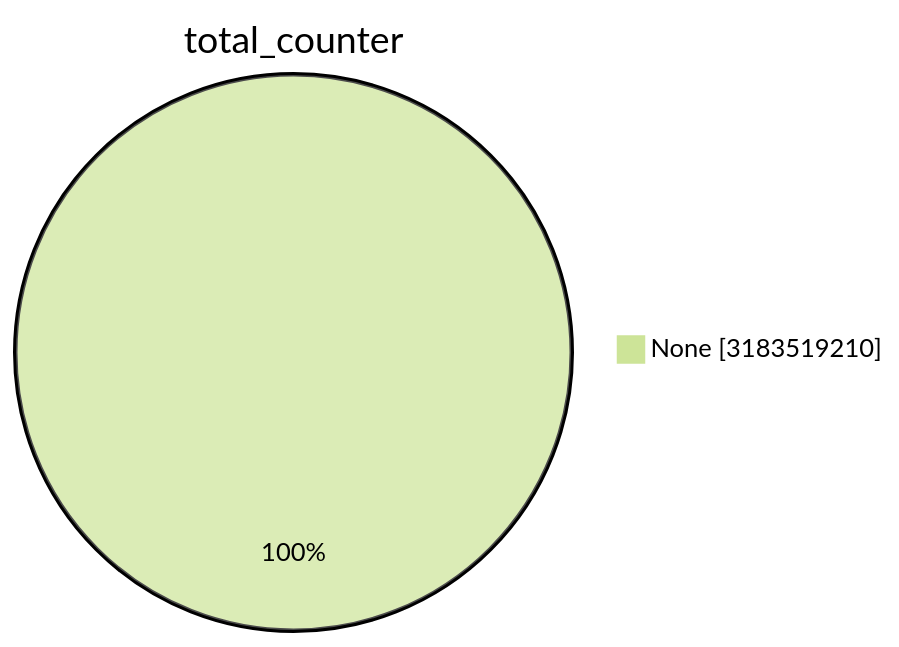
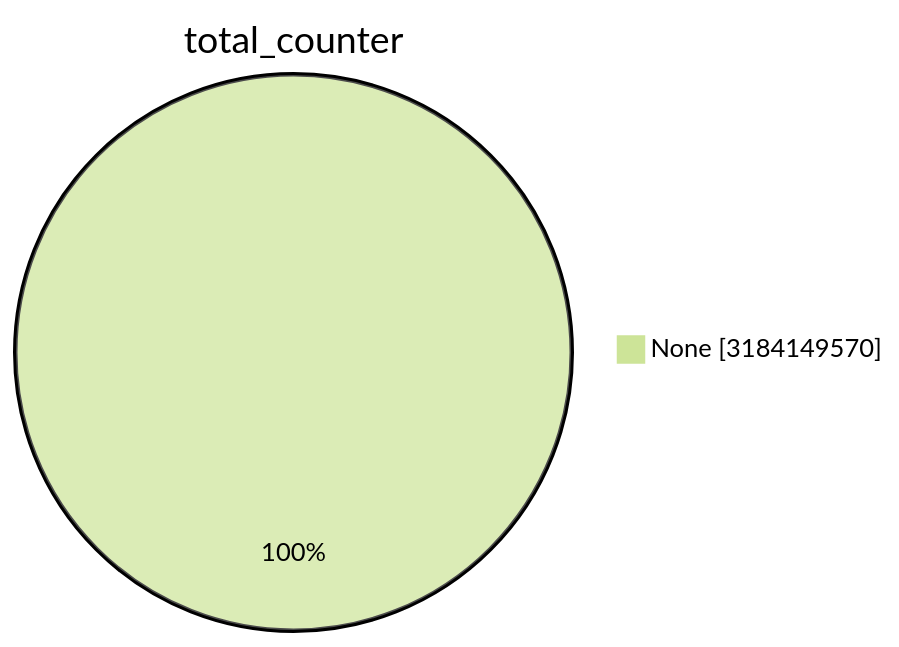
The first of 15 diagrams in TOTAL/README.md (christiankrug/ctmonitor_visualization), drawn with Mermaid (forest theme) before and after one commit. The commit also changed other lines of this file, not shown here.

````diff
--- a/TOTAL/README.md
+++ b/TOTAL/README.md
@@ -1,5 +1,5 @@
 ```mermaid
 pie showData
 title total_counter
-"None" :3183519210
+"None" :3184149570
 ```
````
